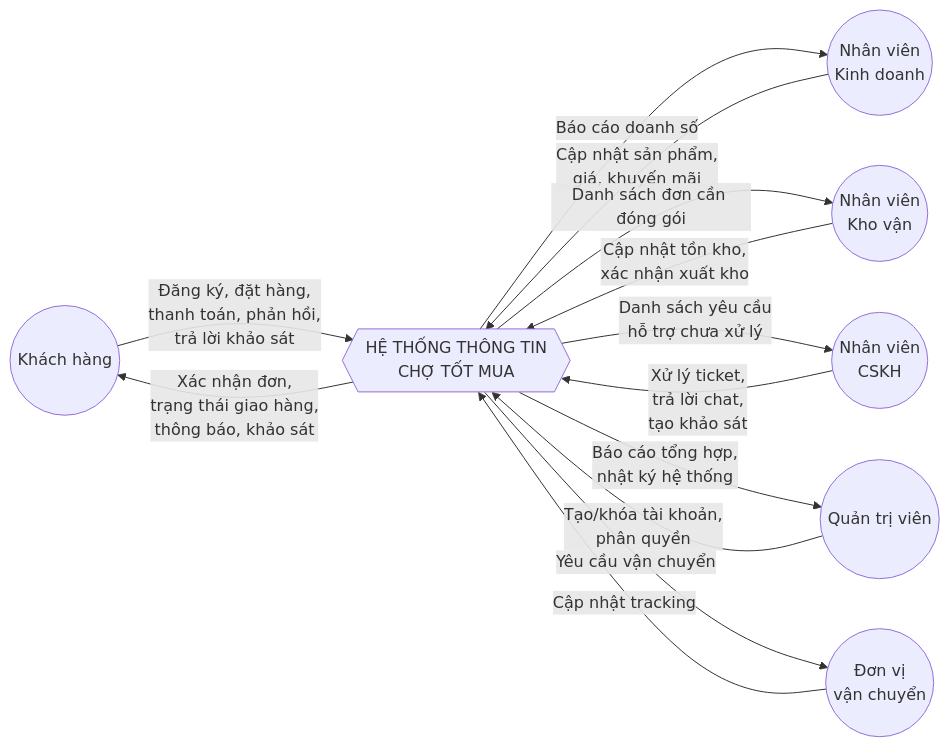
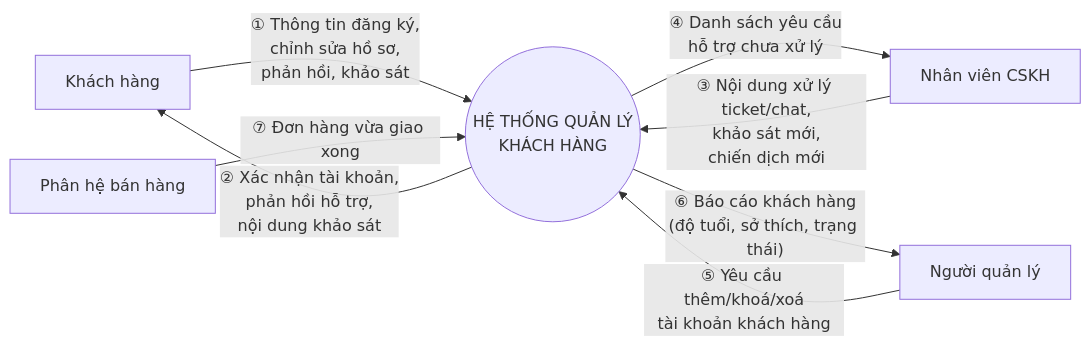
The third of 6 diagrams in docs/httttdn-phan1-baocao.md (KhanhChung2k5/Shopee), drawn with Mermaid before and after one commit. The commit also changed other lines of this file and 100 other files, not shown here.

````diff
--- a/docs/httttdn-phan1-baocao.md
+++ b/docs/httttdn-phan1-baocao.md
@@ -147,29 +142,20 @@
 ```mermaid
 graph LR
-    KH((Khách hàng))
-    NVBH((Nhân viên<br/>Kinh doanh))
-    NVK((Nhân viên<br/>Kho vận))
-    NVCS((Nhân viên<br/>CSKH))
-    ADMIN((Quản trị viên))
-    DVVC((Đơn vị<br/>vận chuyển))
+    KH[Khách hàng]
+    NVCS[Nhân viên CSKH]
+    QL[Người quản lý]
+    BH[Phân hệ bán hàng]
 
-    HT{{"HỆ THỐNG THÔNG TIN<br/>CHỢ TỐT MUA"}}
+    HT(("HỆ THỐNG QUẢN LÝ<br/>KHÁCH HÀNG"))
 
-    KH -- "Đăng ký, đặt hàng,<br/>thanh toán, phản hồi,<br/>trả lời khảo sát" --> HT
-    HT -- "Xác nhận đơn,<br/>trạng thái giao hàng,<br/>thông báo, khảo sát" --> KH
+    KH -- "① Thông tin đăng ký,<br/>chỉnh sửa hồ sơ,<br/>phản hồi, khảo sát" --> HT
+    HT -- "② Xác nhận tài khoản,<br/>phản hồi hỗ trợ,<br/>nội dung khảo sát" --> KH
 
-    NVBH -- "Cập nhật sản phẩm,<br/>giá, khuyến mãi" --> HT
-    HT -- "Báo cáo doanh số" --> NVBH
+    NVCS -- "③ Nội dung xử lý ticket/chat,<br/>khảo sát mới,<br/>chiến dịch mới" --> HT
+    HT -- "④ Danh sách yêu cầu<br/>hỗ trợ chưa xử lý" --> NVCS
 
-    NVK -- "Cập nhật tồn kho,<br/>xác nhận xuất kho" --> HT
-    HT -- "Danh sách đơn cần đóng gói" --> NVK
+    QL -- "⑤ Yêu cầu thêm/khoá/xoá<br/>tài khoản khách hàng" --> HT
+    HT -- "⑥ Báo cáo khách hàng<br/>(độ tuổi, sở thích, trạng thái)" --> QL
 
-    NVCS -- "Xử lý ticket,<br/>trả lời chat,<br/>tạo khảo sát" --> HT
-    HT -- "Danh sách yêu cầu<br/>hỗ trợ chưa xử lý" --> NVCS
-
-    ADMIN -- "Tạo/khóa tài khoản,<br/>phân quyền" --> HT
-    HT -- "Báo cáo tổng hợp,<br/>nhật ký hệ thống" --> ADMIN
-
-    HT -- "Yêu cầu vận chuyển" --> DVVC
-    DVVC -- "Cập nhật tracking" --> HT
+    BH -- "⑦ Đơn hàng vừa giao xong" --> HT
 ```
````
